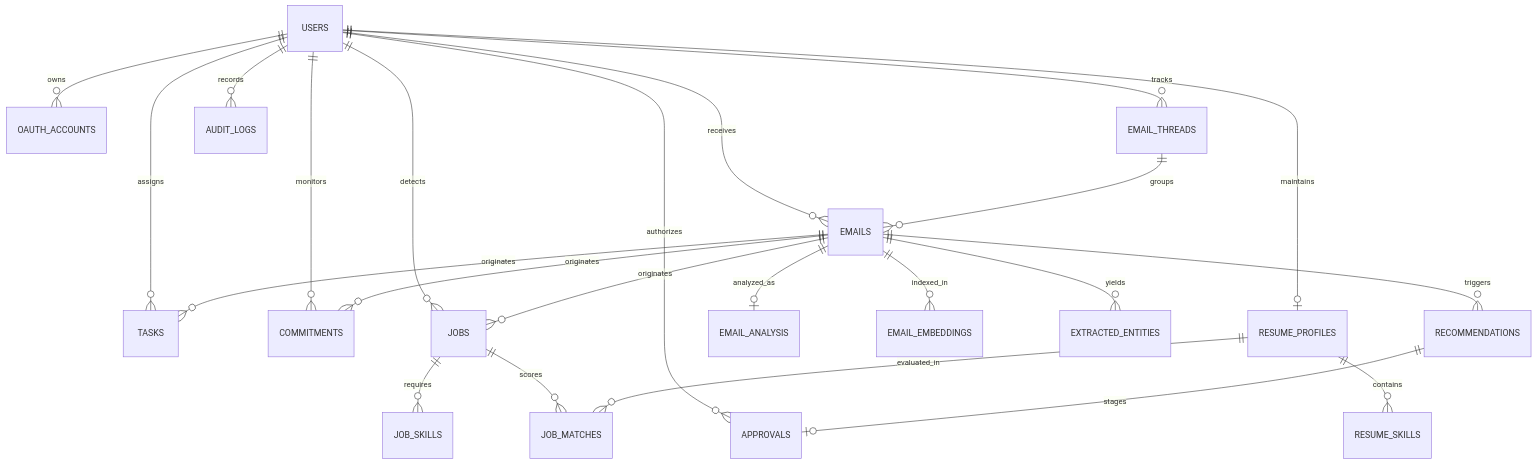
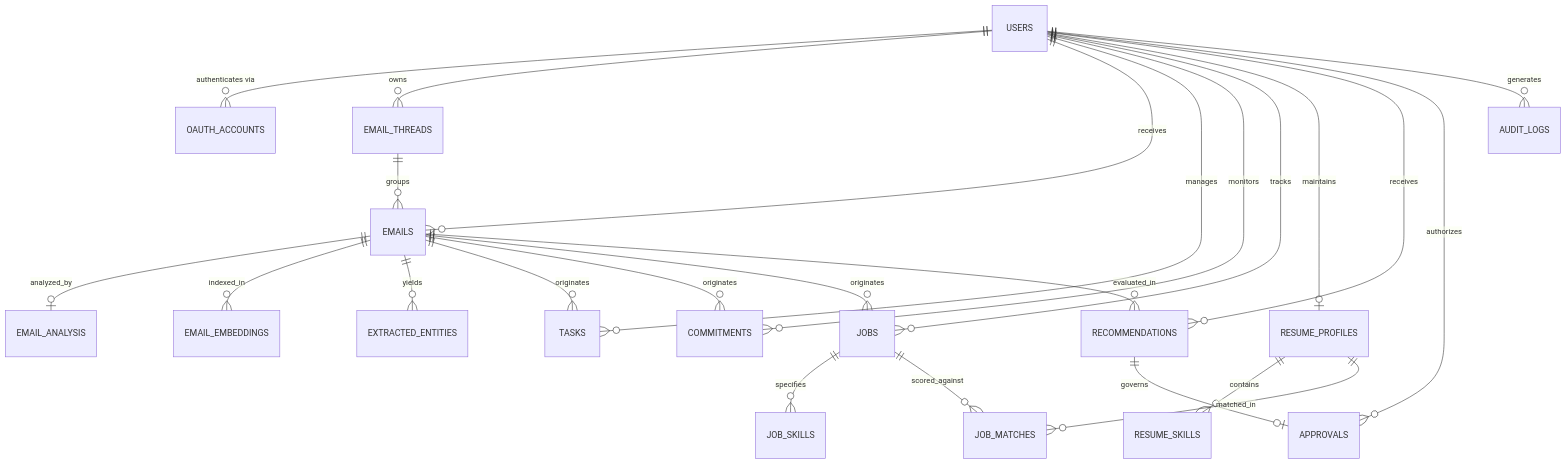
The diagram in docs/database.md (jay-2525/mailmind), drawn with Mermaid before and after one commit. The commit also changed other lines of this file and 13 other files, not shown here.

Commit message:
docs: comprehensive portfolio documentation with verified Mermaid architecture workflows

````diff
--- a/docs/database.md
+++ b/docs/database.md
@@ -5,29 +12,30 @@
 ```mermaid
 erDiagram
-    USERS ||--o{ OAUTH_ACCOUNTS : owns
-    USERS ||--o{ EMAIL_THREADS : tracks
-    USERS ||--o{ EMAILS : receives
-    USERS ||--o{ TASKS : assigns
-    USERS ||--o{ COMMITMENTS : monitors
-    USERS ||--o{ JOBS : detects
-    USERS ||--o| RESUME_PROFILES : maintains
-    USERS ||--o{ APPROVALS : authorizes
-    USERS ||--o{ AUDIT_LOGS : records
+    USERS ||--o{ OAUTH_ACCOUNTS : "authenticates via"
+    USERS ||--o{ EMAIL_THREADS : "owns"
+    USERS ||--o{ EMAILS : "receives"
+    USERS ||--o{ TASKS : "manages"
+    USERS ||--o{ COMMITMENTS : "monitors"
+    USERS ||--o{ JOBS : "tracks"
+    USERS ||--o| RESUME_PROFILES : "maintains"
+    USERS ||--o{ RECOMMENDATIONS : "receives"
+    USERS ||--o{ APPROVALS : "authorizes"
+    USERS ||--o{ AUDIT_LOGS : "generates"
 
-    EMAIL_THREADS ||--o{ EMAILS : groups
-    EMAILS ||--o| EMAIL_ANALYSIS : analyzed_as
-    EMAILS ||--o{ EMAIL_EMBEDDINGS : indexed_in
-    EMAILS ||--o{ EXTRACTED_ENTITIES : yields
-    EMAILS ||--o{ TASKS : originates
-    EMAILS ||--o{ COMMITMENTS : originates
-    EMAILS ||--o{ JOBS : originates
-    EMAILS ||--o{ RECOMMENDATIONS : triggers
+    EMAIL_THREADS ||--o{ EMAILS : "groups"
+    EMAILS ||--o| EMAIL_ANALYSIS : "analyzed_by"
+    EMAILS ||--o{ EMAIL_EMBEDDINGS : "indexed_in"
+    EMAILS ||--o{ EXTRACTED_ENTITIES : "yields"
+    EMAILS ||--o{ TASKS : "originates"
+    EMAILS ||--o{ COMMITMENTS : "originates"
+    EMAILS ||--o{ JOBS : "originates"
+    EMAILS ||--o{ RECOMMENDATIONS : "evaluated_in"
 
-    RECOMMENDATIONS ||--o| APPROVALS : stages
+    RECOMMENDATIONS ||--o| APPROVALS : "governs"
 
-    JOBS ||--o{ JOB_SKILLS : requires
-    JOBS ||--o{ JOB_MATCHES : scores
+    JOBS ||--o{ JOB_SKILLS : "specifies"
+    JOBS ||--o{ JOB_MATCHES : "scored_against"
 
-    RESUME_PROFILES ||--o{ RESUME_SKILLS : contains
-    RESUME_PROFILES ||--o{ JOB_MATCHES : evaluated_in
+    RESUME_PROFILES ||--o{ RESUME_SKILLS : "contains"
+    RESUME_PROFILES ||--o{ JOB_MATCHES : "matched_in"
 ```
````
